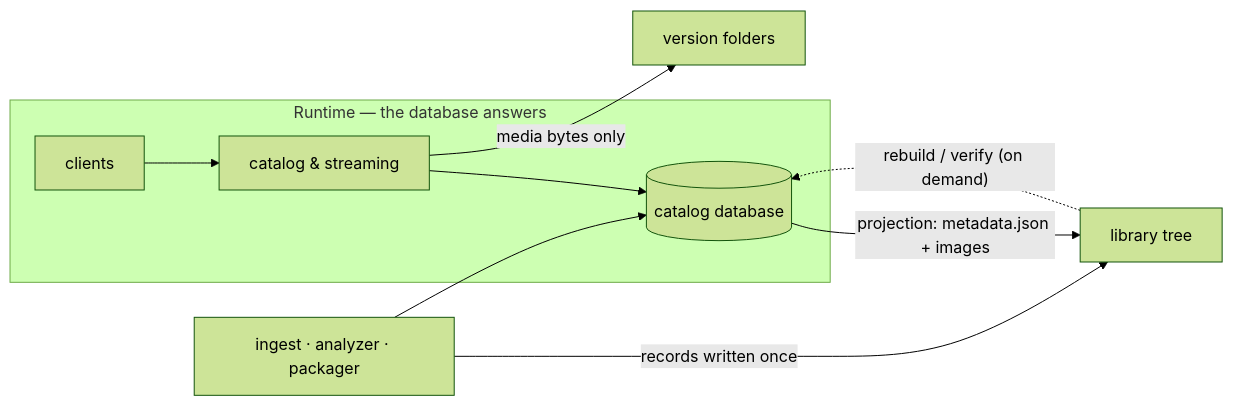
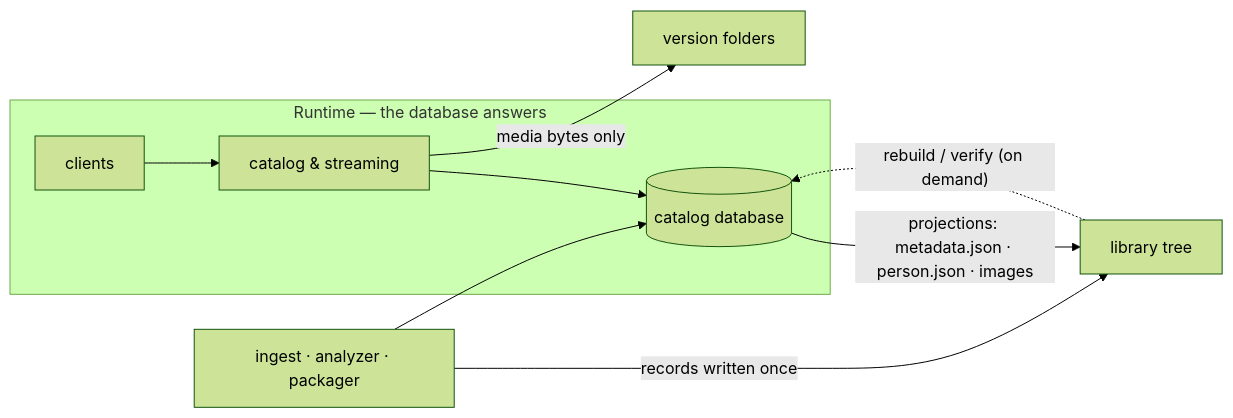
The diagram in docs/library/record.md (zaentrum/zaentrum), drawn with Mermaid (forest theme) before and after one commit. The commit also changed other lines of this file, not shown here.

First line of the commit message:
docs(library): people get folders of their own, projected like metadata.json

````diff
--- a/docs/library/record.md
+++ b/docs/library/record.md
@@ -30,11 +32,11 @@
 ```mermaid
 flowchart LR
   subgraph runtime["Runtime — the database answers"]
     C["clients"] --> API["catalog & streaming"] --> DB[("catalog database")]
   end
   API -->|"media bytes only"| M["version folders"]
-  DB -->|"projection: metadata.json + images"| REC
+  DB -->|"projections: metadata.json · person.json · images"| REC
   W["ingest · analyzer · packager"] -->|"records written once"| REC["library tree"]
   W --> DB
   REC -.->|"rebuild / verify (on demand)"| DB
 ```
````
